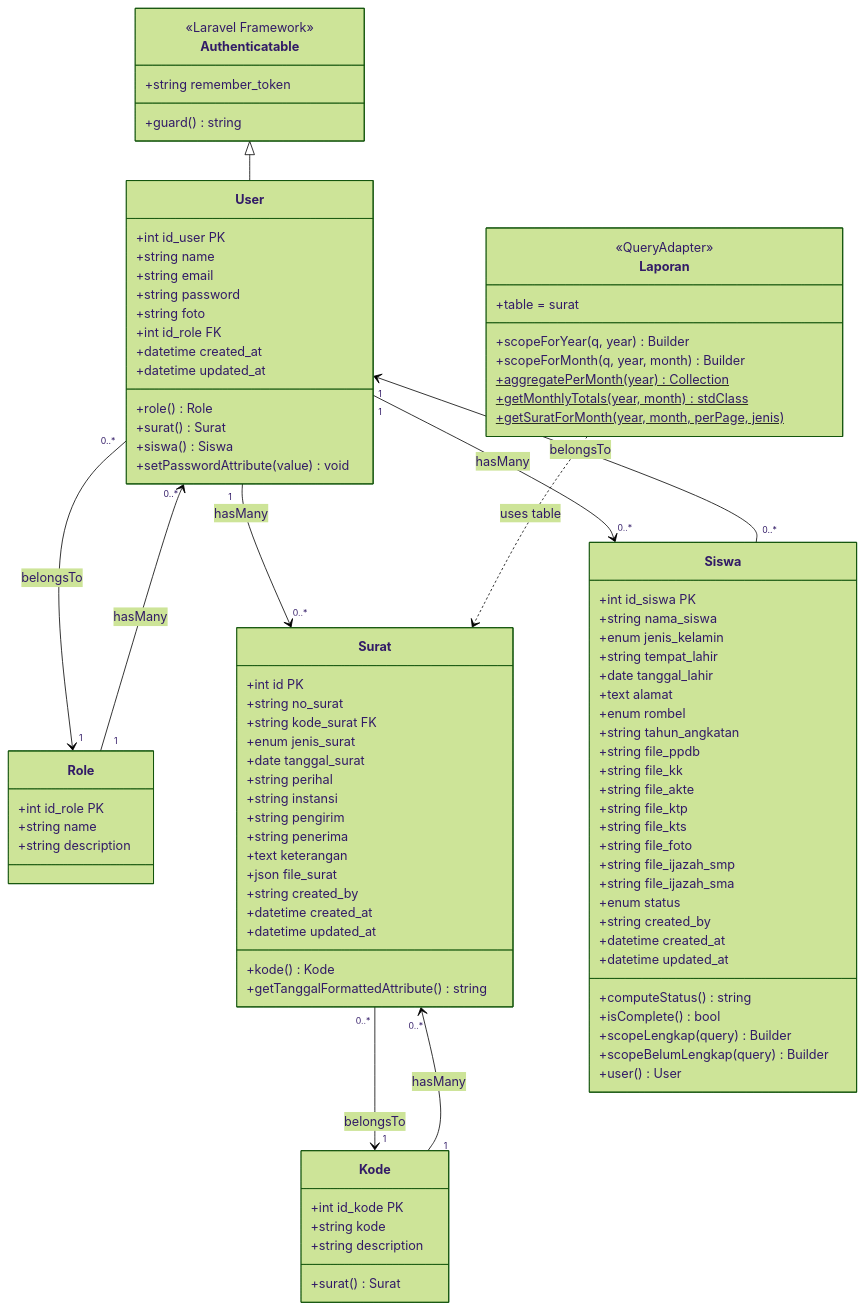
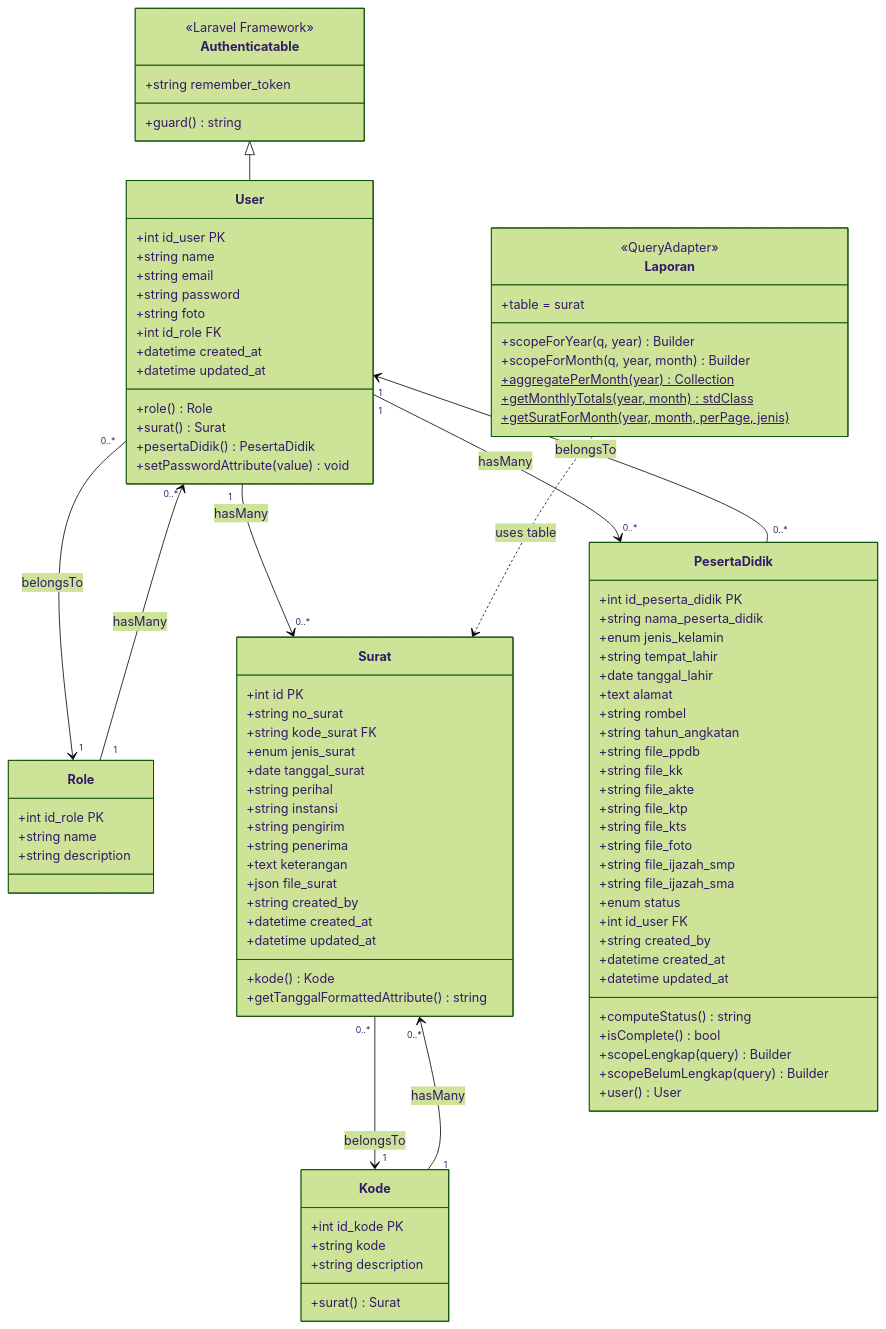
One commit to paklek325/e-arsip changed the diagram in docs/class-diagram.md. Above: the diagram before and after it, drawn with Mermaid (forest theme). The commit also changed other lines of this file and 25 other files, not shown here.

```diff
--- a/docs/class-diagram.md
+++ b/docs/class-diagram.md
@@ -38,7 +38,7 @@
         +datetime updated_at
         +role() Role
         +surat() Surat
-        +siswa() Siswa
+        +pesertaDidik() PesertaDidik
         +setPasswordAttribute(value) void
     }
 
@@ -68,14 +68,14 @@
         +getTanggalFormattedAttribute() string
     }
 
-    class Siswa {
-        +int id_siswa PK
-        +string nama_siswa
+    class PesertaDidik {
+        +int id_peserta_didik PK
+        +string nama_peserta_didik
         +enum jenis_kelamin
         +string tempat_lahir
         +date tanggal_lahir
         +text alamat
-        +enum rombel
+        +string rombel
         +string tahun_angkatan
         +string file_ppdb
         +string file_kk
@@ -86,6 +86,7 @@
         +string file_ijazah_smp
         +string file_ijazah_sma
         +enum status
+        +int id_user FK
         +string created_by
         +datetime created_at
         +datetime updated_at
@@ -118,8 +119,8 @@
     User "0..*" --> "1" Role : belongsTo
 
     User "1" --> "0..*" Surat : hasMany
-    User "1" --> "0..*" Siswa : hasMany
-    Siswa "0..*" --> "1" User : belongsTo
+    User "1" --> "0..*" PesertaDidik : hasMany
+    PesertaDidik "0..*" --> "1" User : belongsTo
 
     Kode "1" --> "0..*" Surat : hasMany
     Surat "0..*" --> "1" Kode : belongsTo
```
